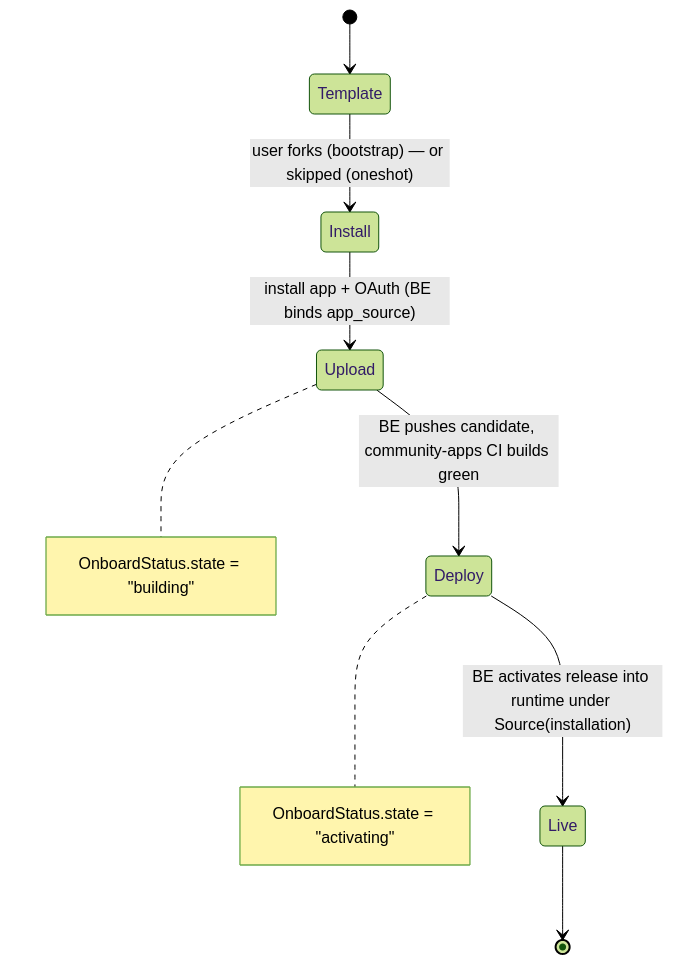
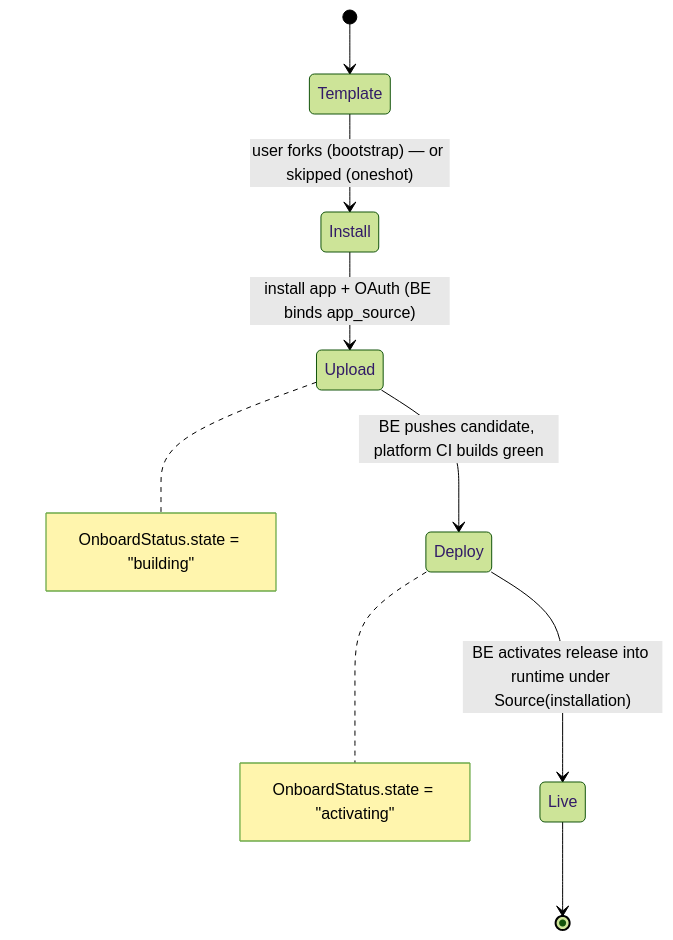
The first of 3 diagrams in docs/fe-deploy.md (aomi-labs/aomi-widget), drawn with Mermaid (forest theme) before and after one commit. The commit also changed other lines of this file and 2 other files, not shown here.

````diff
--- a/docs/fe-deploy.md
+++ b/docs/fe-deploy.md
@@ -44,16 +44,16 @@
 ```mermaid
 stateDiagram-v2
     [*] --> Template
     Template --> Install: user forks (bootstrap) — or skipped (oneshot)
     Install --> Upload: install app + OAuth (BE binds app_source)
-    Upload --> Deploy: BE pushes candidate, community-apps CI builds green
+    Upload --> Deploy: BE pushes candidate, platform CI builds green
     Deploy --> Live: BE activates release into runtime under Source(installation)
     Live --> [*]
 
     note right of Upload
       OnboardStatus.state = "building"
     end note
     note right of Deploy
       OnboardStatus.state = "activating"
     end note
 ```
````
